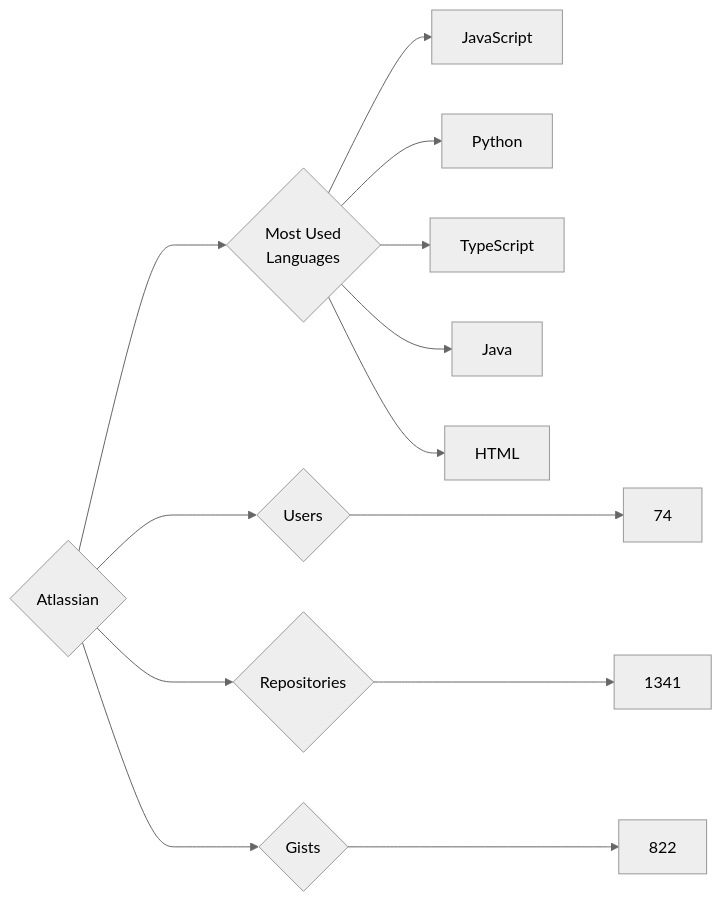
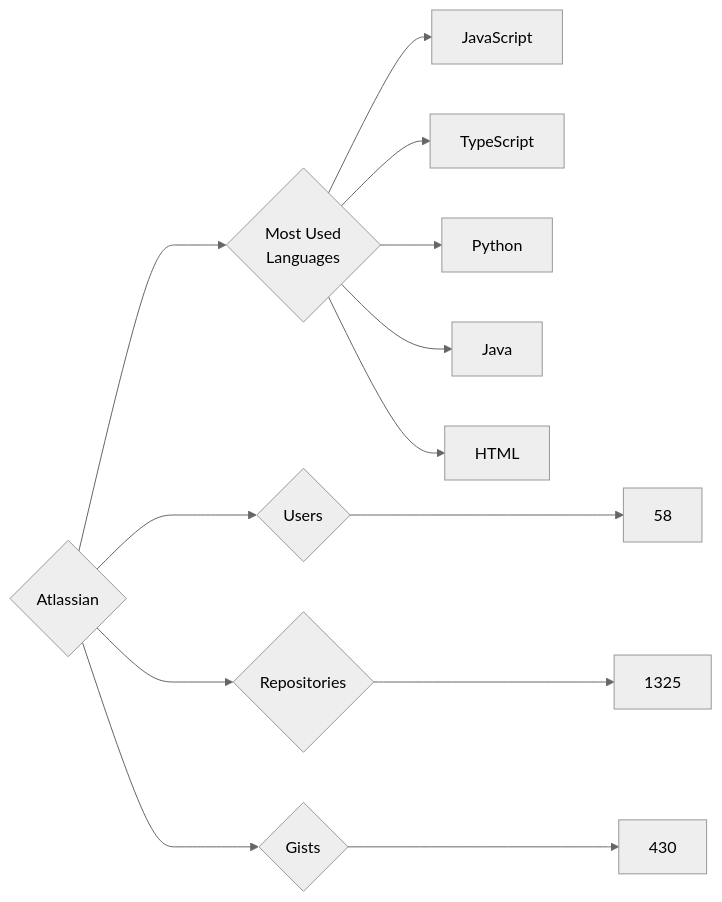
The diagram in targets/Atlassian/README.md (trickest/insiders), drawn with Mermaid (neutral theme) before and after one commit. The commit also changed 924 other files, not shown here.

````diff
--- a/targets/Atlassian/README.md
+++ b/targets/Atlassian/README.md
@@ -3,13 +3,13 @@
 ```mermaid
 graph LR
 COMPANY_NAME{Atlassian}
-COMPANY_NAME ---> U{Users} ---> UN[74]
-COMPANY_NAME ---> R{Repositories} ---> RN[1341]
-COMPANY_NAME ---> G{Gists} ---> GN[822]
+COMPANY_NAME ---> U{Users} ---> UN[58]
+COMPANY_NAME ---> R{Repositories} ---> RN[1325]
+COMPANY_NAME ---> G{Gists} ---> GN[430]
 COMPANY_NAME ---> ML{Most Used<br>Languages}
 ML --> JavaScript[JavaScript]
+ML --> TypeScript[TypeScript]
 ML --> Python[Python]
-ML --> TypeScript[TypeScript]
 ML --> Java[Java]
 ML --> HTML[HTML]
 ```
````
